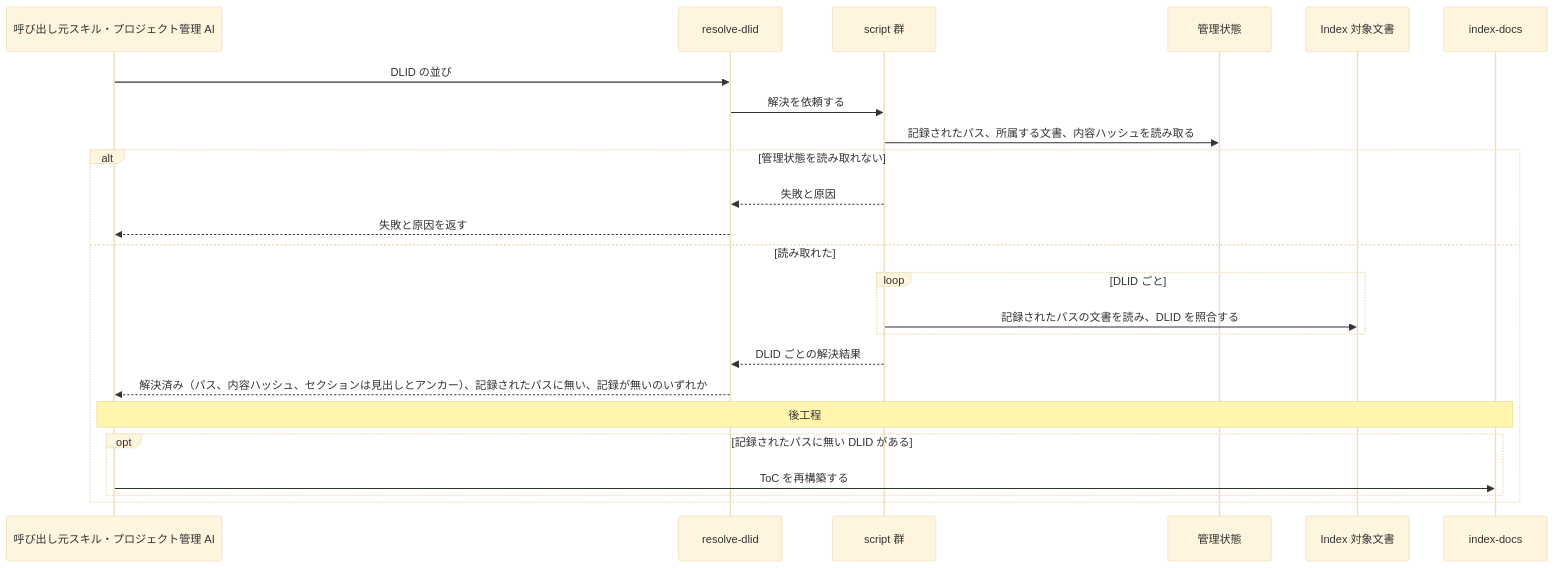
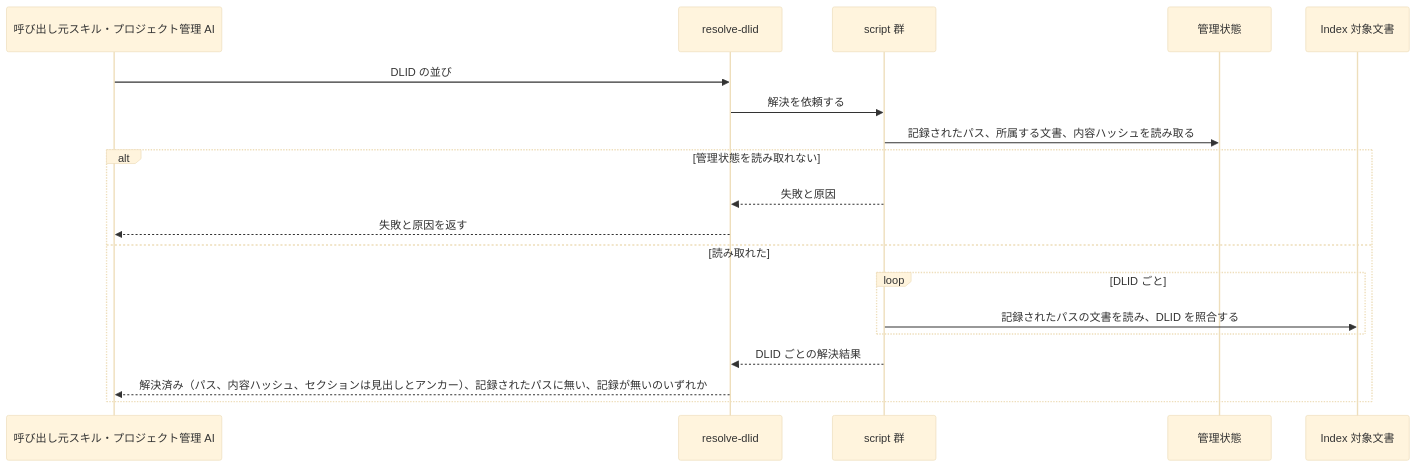
One commit to BlueEventHorizon/doc-link changed the ninth of 10 diagrams in docs/specs/design/DES-010_skill-composition.md. Above: the diagram before and after it, drawn with Mermaid (base theme). The commit also changed other lines of this file and 30 other files, not shown here.

````diff
--- a/docs/specs/design/DES-010_skill-composition.md
+++ b/docs/specs/design/DES-010_skill-composition.md
@@ -391,27 +359,22 @@
 ```mermaid
 sequenceDiagram
     participant Caller as 呼び出し元スキル・プロジェクト管理 AI
     participant Skill as resolve-dlid
     participant Scripts as script 群
     participant State as 管理状態
     participant Docs as Index 対象文書
-    participant Index as index-docs
 
     Caller->>Skill: DLID の並び
     Skill->>Scripts: 解決を依頼する
     Scripts->>State: 記録されたパス、所属する文書、内容ハッシュを読み取る
     alt 管理状態を読み取れない
         Scripts-->>Skill: 失敗と原因
         Skill-->>Caller: 失敗と原因を返す
     else 読み取れた
         loop DLID ごと
             Scripts->>Docs: 記録されたパスの文書を読み、DLID を照合する
         end
         Scripts-->>Skill: DLID ごとの解決結果
         Skill-->>Caller: 解決済み（パス、内容ハッシュ、セクションは見出しとアンカー）、記録されたパスに無い、記録が無いのいずれか
-        Note over Caller,Index: 後工程
-        opt 記録されたパスに無い DLID がある
-            Caller->>Index: ToC を再構築する
-        end
     end
 ```
````
